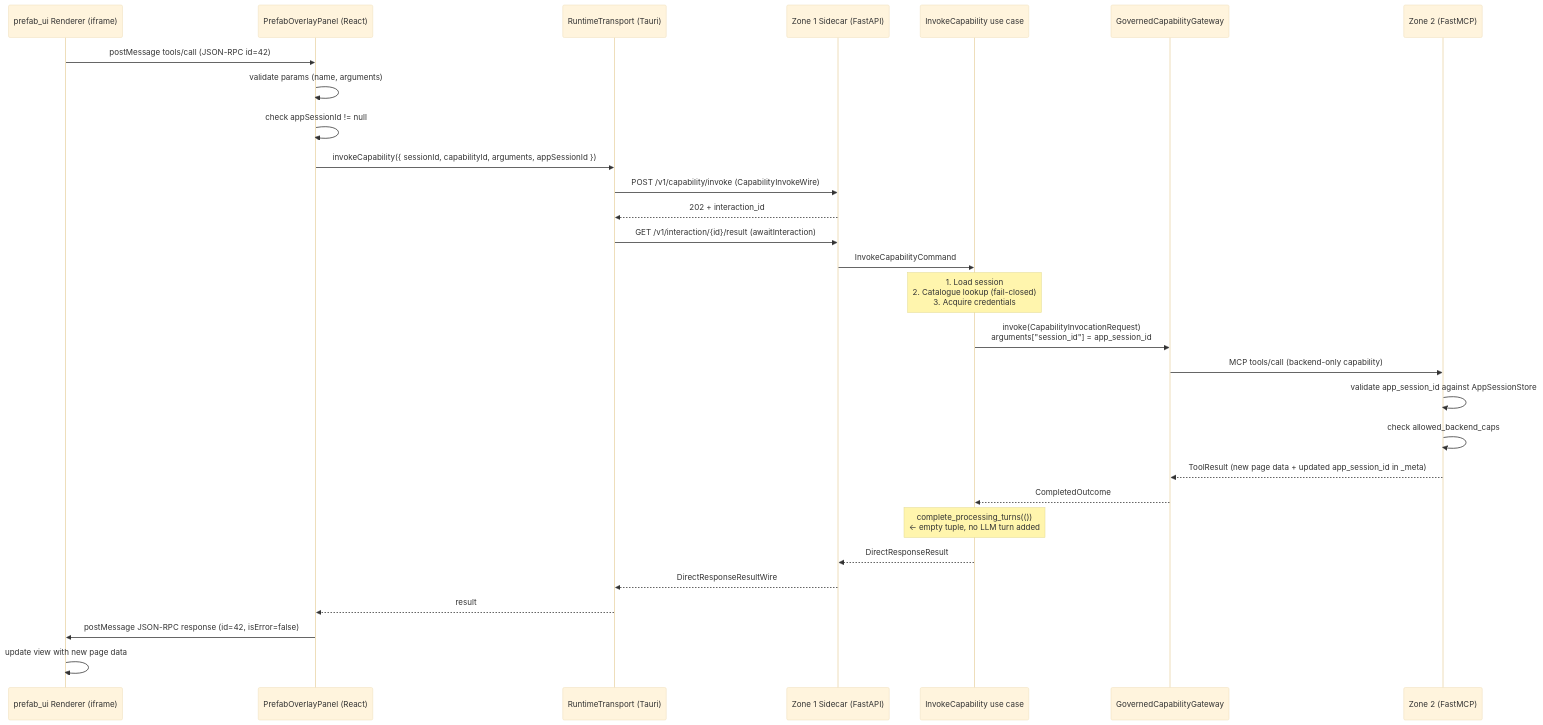
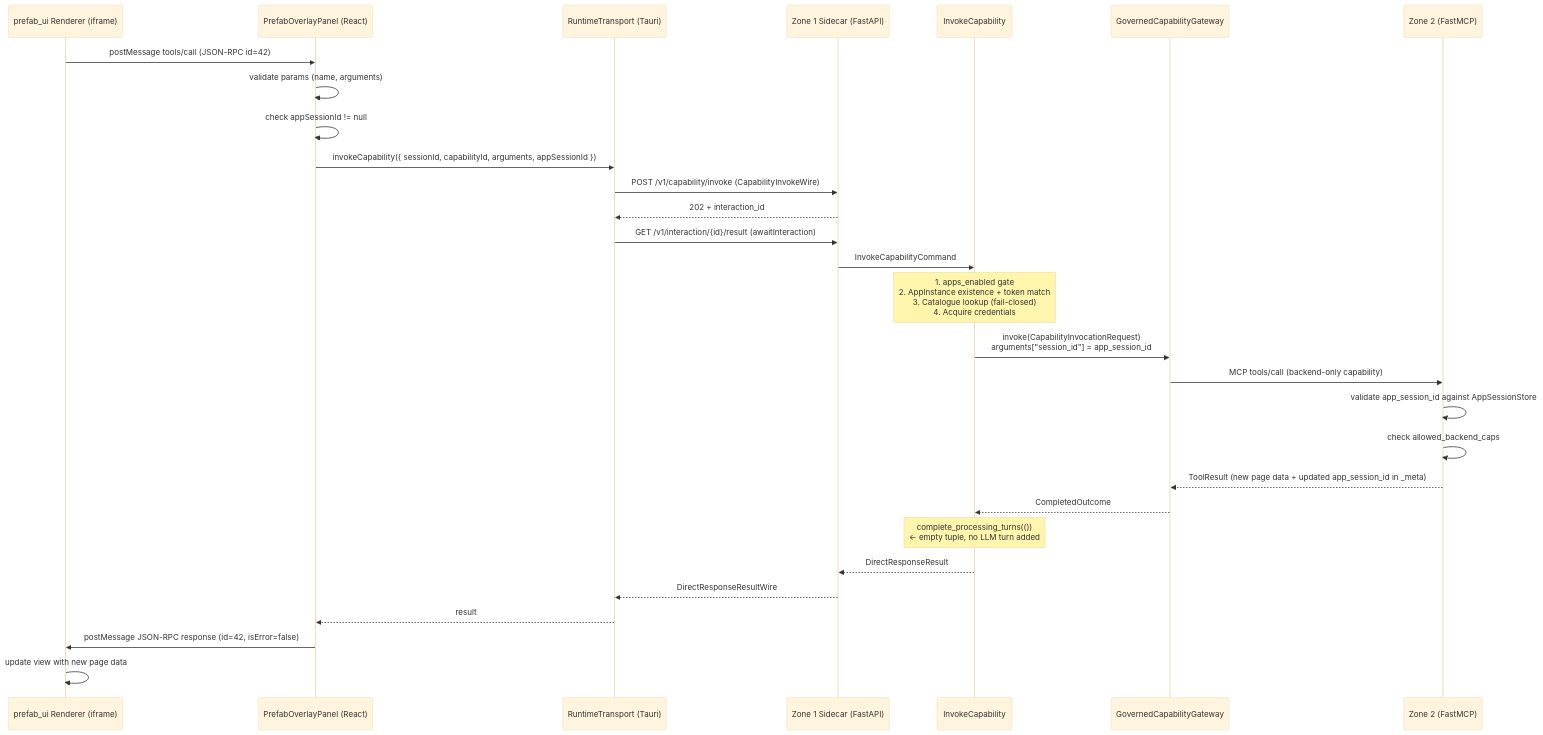
The fourth of 7 diagrams in docs/fastmcp-apps-and-prefab-overlay.md (CharlieAtki06/SovereignAgenticArchitecture), drawn with Mermaid (base theme) before and after one commit. The commit also changed other lines of this file, not shown here.

````diff
--- a/docs/fastmcp-apps-and-prefab-overlay.md
+++ b/docs/fastmcp-apps-and-prefab-overlay.md
@@ -360,34 +301,34 @@
 ```mermaid
 sequenceDiagram
     participant Renderer as prefab_ui Renderer (iframe)
     participant Panel as PrefabOverlayPanel (React)
     participant Transport as RuntimeTransport (Tauri)
     participant Sidecar as Zone 1 Sidecar (FastAPI)
-    participant UseCase as InvokeCapability use case
+    participant UseCase as InvokeCapability
     participant Gateway as GovernedCapabilityGateway
     participant Z2 as Zone 2 (FastMCP)
 
     Renderer->>Panel: postMessage tools/call (JSON-RPC id=42)
     Panel->>Panel: validate params (name, arguments)
     Panel->>Panel: check appSessionId != null
     Panel->>Transport: invokeCapability({ sessionId, capabilityId, arguments, appSessionId })
     Transport->>Sidecar: POST /v1/capability/invoke (CapabilityInvokeWire)
     Sidecar-->>Transport: 202 + interaction_id
     Transport->>Sidecar: GET /v1/interaction/{id}/result (awaitInteraction)
 
     Sidecar->>UseCase: InvokeCapabilityCommand
-    Note over UseCase: 1. Load session<br/>2. Catalogue lookup (fail-closed)<br/>3. Acquire credentials
+    Note over UseCase: 1. apps_enabled gate<br/>2. AppInstance existence + token match<br/>3. Catalogue lookup (fail-closed)<br/>4. Acquire credentials
     UseCase->>Gateway: invoke(CapabilityInvocationRequest)<br/>arguments["session_id"] = app_session_id
     Gateway->>Z2: MCP tools/call (backend-only capability)
     Z2->>Z2: validate app_session_id against AppSessionStore
     Z2->>Z2: check allowed_backend_caps
     Z2-->>Gateway: ToolResult (new page data + updated app_session_id in _meta)
     Gateway-->>UseCase: CompletedOutcome
     Note over UseCase: complete_processing_turns(())<br/>← empty tuple, no LLM turn added
     UseCase-->>Sidecar: DirectResponseResult
 
     Sidecar-->>Transport: DirectResponseResultWire
     Transport-->>Panel: result
     Panel->>Renderer: postMessage JSON-RPC response (id=42, isError=false)
     Renderer->>Renderer: update view with new page data
 ```
````
